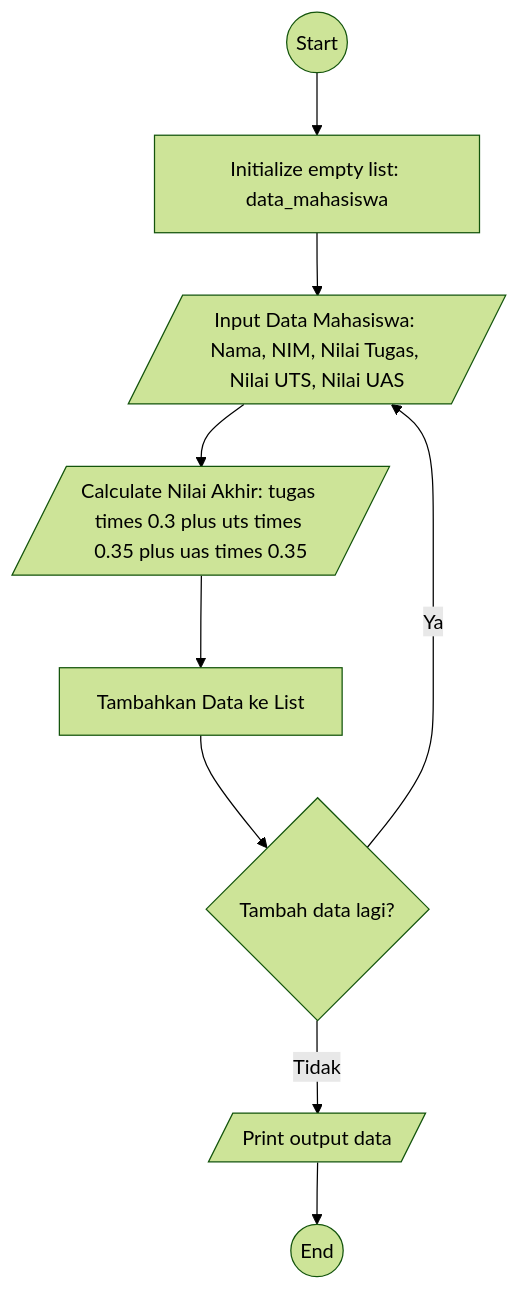
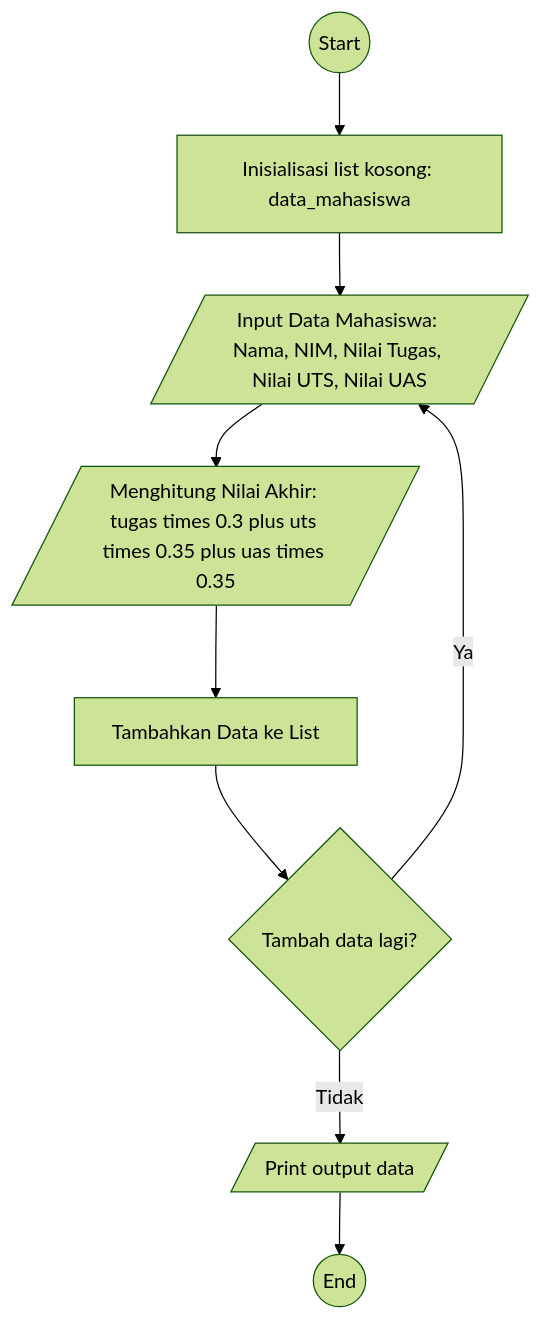
Before and after one commit to dnrprsty/praktikum04: the diagram in README.md, drawn with Mermaid (forest theme). The commit also changed other lines of this file, not shown here.

````diff
--- a/README.md
+++ b/README.md
@@ -4,20 +4,20 @@
 ```mermaid
 graph TD
     Start((Start))
-    InitList[Initialize empty list: data_mahasiswa ]
+    InitList[Inisialisasi list kosong: data_mahasiswa ]
     InputData[/Input Data Mahasiswa: Nama, NIM, Nilai Tugas, Nilai UTS, Nilai UAS/]
-    CalculateNilai[/Calculate Nilai Akhir: tugas times 0.3 plus uts times 0.35 plus uas times 0.35/]
+    CalculateNilai[/Menghitung Nilai Akhir: tugas times 0.3 plus uts times 0.35 plus uas times 0.35/]
     AddToList[Tambahkan Data ke List]
     Decision{Tambah data lagi?}
     PrintData[/Print output data/]
     End((End))
 
     Start --> InitList
     InitList --> InputData
     InputData --> CalculateNilai
     CalculateNilai --> AddToList
     AddToList --> Decision
     Decision -- Ya --> InputData
     Decision -- Tidak --> PrintData
     PrintData --> End
 ```
````
